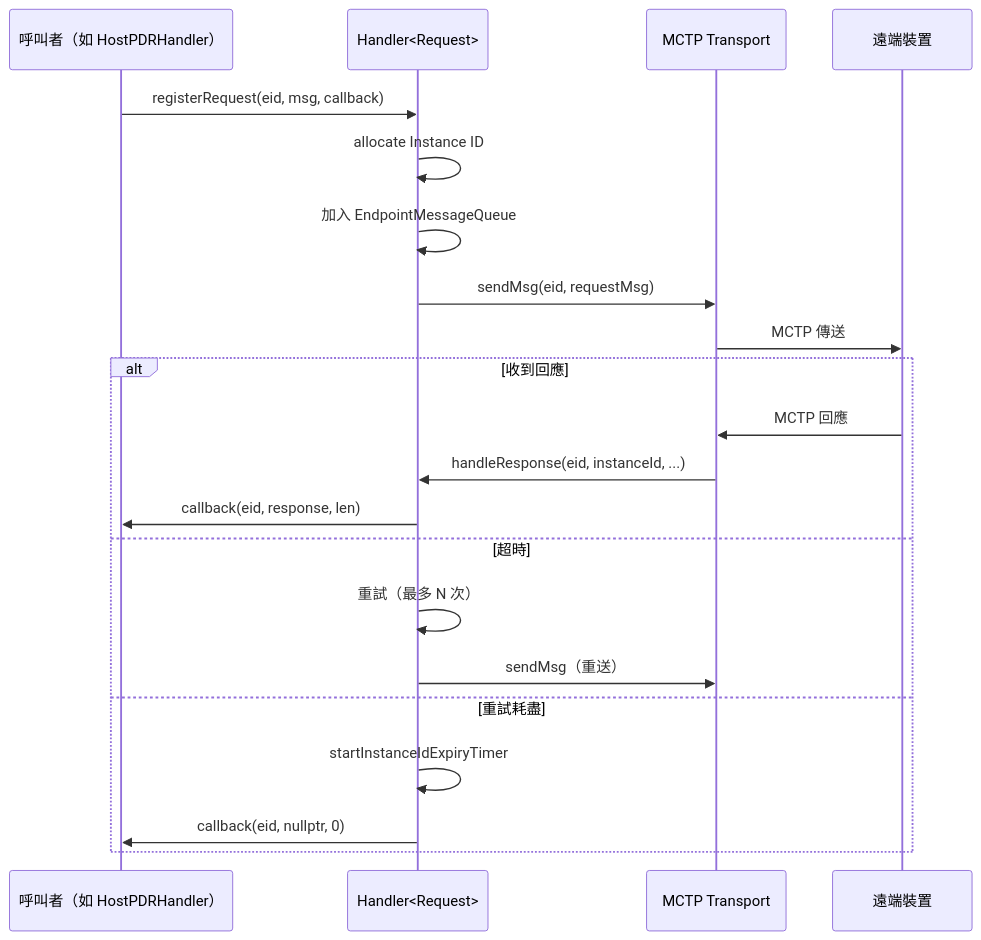
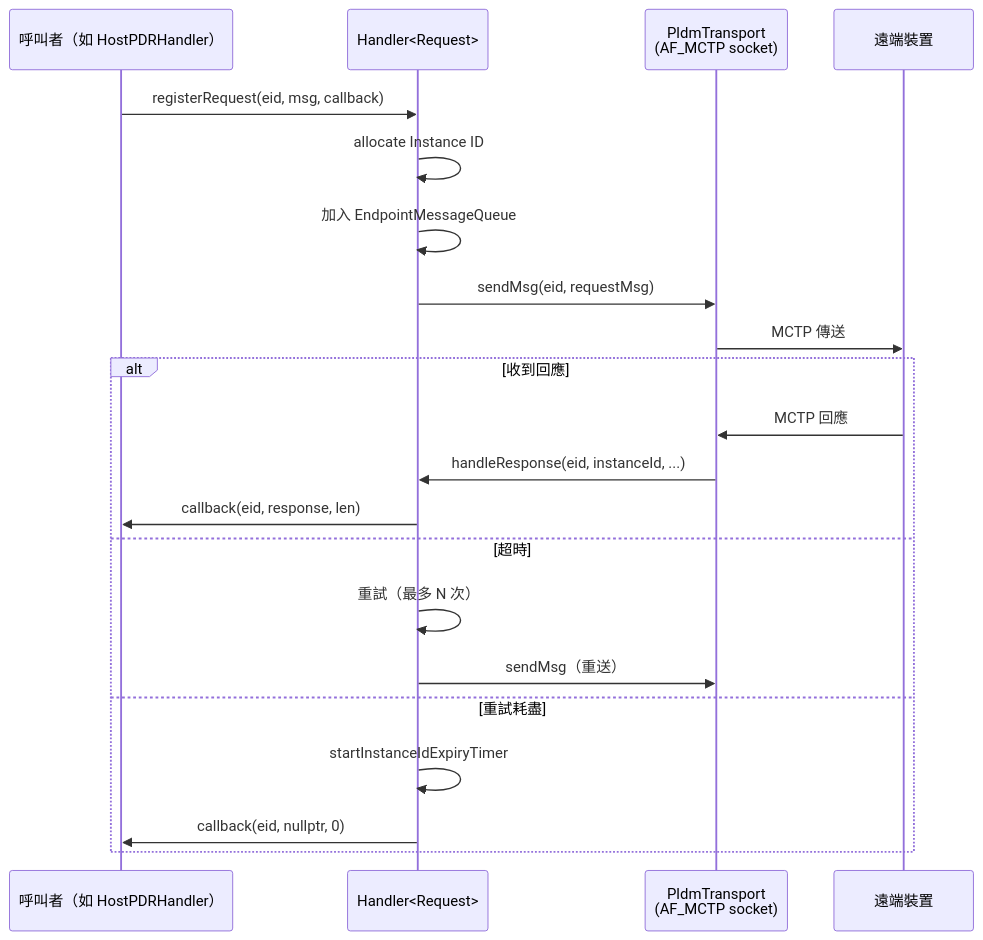
The third of 5 diagrams in pldm/SourceCodeWalkthrough.md (chilung-cgu/bmc-firmware-knowledge-base), drawn with Mermaid before and after one commit. The commit also changed 4 other files, not shown here.

First line of the commit message:
docs(pldm): 修正 mctpd/mctp-demux 架構混淆與流程圖

````diff
--- a/pldm/SourceCodeWalkthrough.md
+++ b/pldm/SourceCodeWalkthrough.md
@@ -310,25 +310,25 @@
 ```mermaid
 sequenceDiagram
     participant Caller as 呼叫者（如 HostPDRHandler）
     participant Handler as Handler<Request>
-    participant MCTP as MCTP Transport
+    participant MCTP as PldmTransport<br/>(AF_MCTP socket)
     participant Remote as 遠端裝置
 
     Caller->>Handler: registerRequest(eid, msg, callback)
     Handler->>Handler: allocate Instance ID
     Handler->>Handler: 加入 EndpointMessageQueue
     Handler->>MCTP: sendMsg(eid, requestMsg)
     MCTP->>Remote: MCTP 傳送
 
     alt 收到回應
         Remote->>MCTP: MCTP 回應
         MCTP->>Handler: handleResponse(eid, instanceId, ...)
         Handler->>Caller: callback(eid, response, len)
     else 超時
         Handler->>Handler: 重試（最多 N 次）
         Handler->>MCTP: sendMsg（重送）
     else 重試耗盡
         Handler->>Handler: startInstanceIdExpiryTimer
         Handler->>Caller: callback(eid, nullptr, 0)
     end
 ```
````
